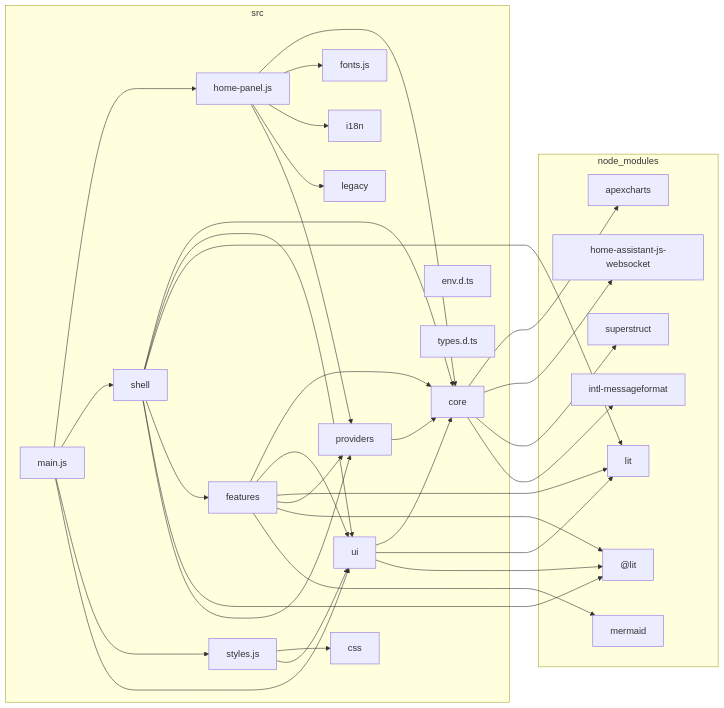
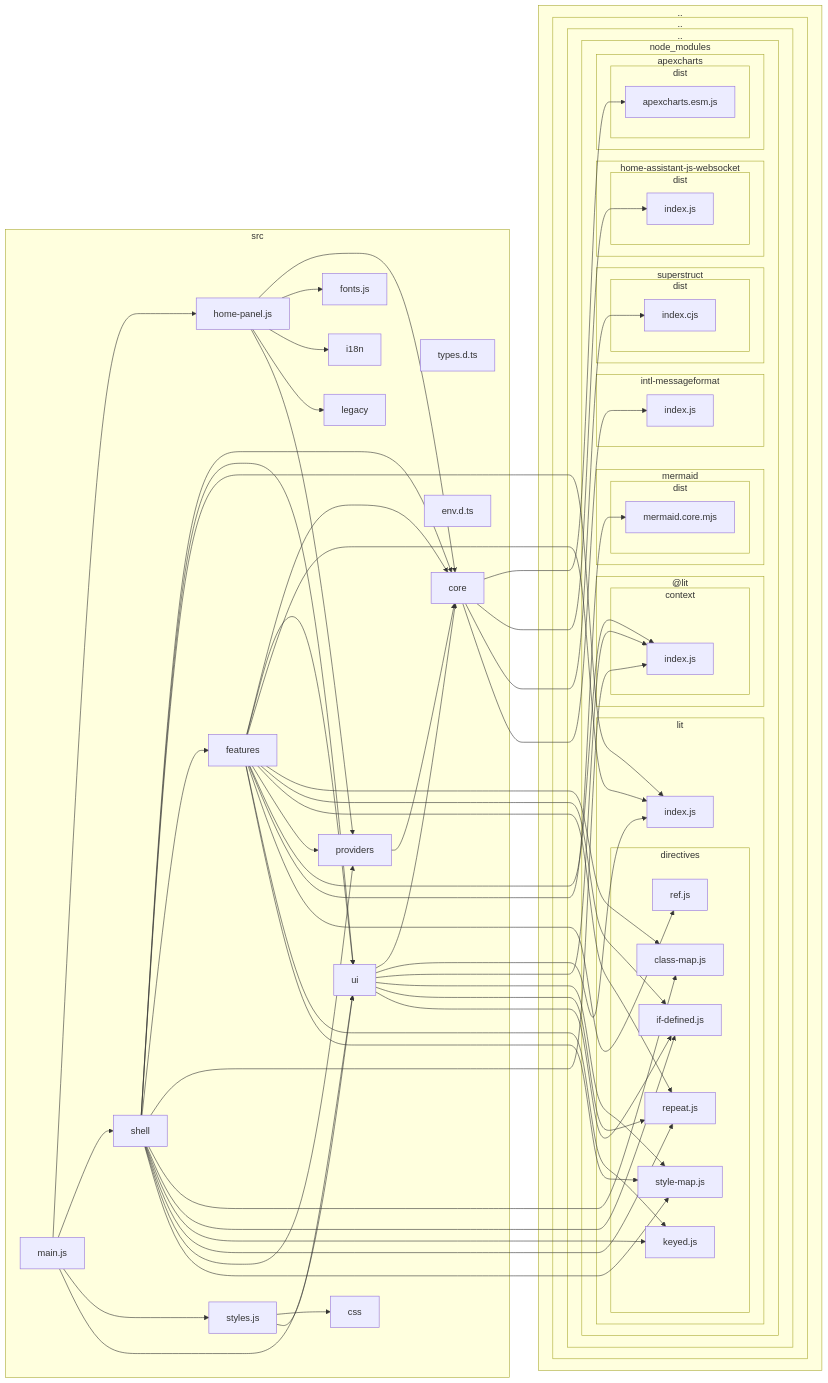
The diagram in docs/architecture/dependency-graph.md (pldelisle/ha-home-panel), drawn with Mermaid before and after one commit. The commit also changed 15 other files, not shown here.

````diff
--- a/docs/architecture/dependency-graph.md
+++ b/docs/architecture/dependency-graph.md
@@ -5,60 +5,112 @@
 ```mermaid
 flowchart LR
 
-subgraph 0["node_modules"]
-1["@lit"]
-2["apexcharts"]
-3["home-assistant-js-websocket"]
-4["intl-messageformat"]
-5["lit"]
-6["mermaid"]
-7["superstruct"]
+subgraph 0[".."]
+subgraph 1[".."]
+subgraph 2[".."]
+subgraph 3["node_modules"]
+subgraph 4["@lit"]
+subgraph 5["context"]
+6["index.js"]
 end
-subgraph 8["src"]
-9["core"]
-A["css"]
-B["env.d.ts"]
-C["features"]
-D["fonts.js"]
-E["home-panel.js"]
-F["i18n"]
-G["legacy"]
-H["main.js"]
-I["providers"]
-J["shell"]
-K["styles.js"]
-L["types.d.ts"]
-M["ui"]
 end
-9-->2
-9-->3
-9-->7
-9-->4
-C-->9
-C-->M
-C-->5
-C-->I
-C-->1
-C-->6
-E-->9
-E-->D
-E-->F
-E-->G
-E-->I
-H-->E
-H-->J
-H-->K
-H-->M
-I-->9
-J-->9
-J-->M
-J-->5
-J-->C
-J-->1
-J-->I
-K-->A
-K-->M
-M-->9
-M-->5
-M-->1
+subgraph 7["apexcharts"]
+subgraph 8["dist"]
+9["apexcharts.esm.js"]
+end
+end
+subgraph A["home-assistant-js-websocket"]
+subgraph B["dist"]
+C["index.js"]
+end
+end
+subgraph D["intl-messageformat"]
+E["index.js"]
+end
+subgraph F["lit"]
+subgraph G["directives"]
+H["class-map.js"]
+I["if-defined.js"]
+J["keyed.js"]
+K["ref.js"]
+L["repeat.js"]
+M["style-map.js"]
+end
+N["index.js"]
+end
+subgraph O["mermaid"]
+subgraph P["dist"]
+Q["mermaid.core.mjs"]
+end
+end
+subgraph R["superstruct"]
+subgraph S["dist"]
+T["index.cjs"]
+end
+end
+end
+end
+end
+end
+subgraph U["src"]
+V["core"]
+W["css"]
+X["env.d.ts"]
+Y["features"]
+Z["fonts.js"]
+10["home-panel.js"]
+11["i18n"]
+12["legacy"]
+13["main.js"]
+14["providers"]
+15["shell"]
+16["styles.js"]
+17["types.d.ts"]
+18["ui"]
+end
+V-->9
+V-->C
+V-->T
+V-->E
+Y-->V
+Y-->18
+Y-->N
+Y-->H
+Y-->I
+Y-->L
+Y-->14
+Y-->6
+Y-->Q
+Y-->K
+Y-->J
+Y-->M
+10-->V
+10-->Z
+10-->11
+10-->12
+10-->14
+13-->10
+13-->15
+13-->16
+13-->18
+14-->V
+15-->V
+15-->18
+15-->N
+15-->Y
+15-->6
+15-->H
+15-->I
+15-->J
+15-->L
+15-->14
+15-->M
+16-->W
+16-->18
+18-->V
+18-->N
+18-->6
+18-->M
+18-->L
+18-->I
 ```
````
